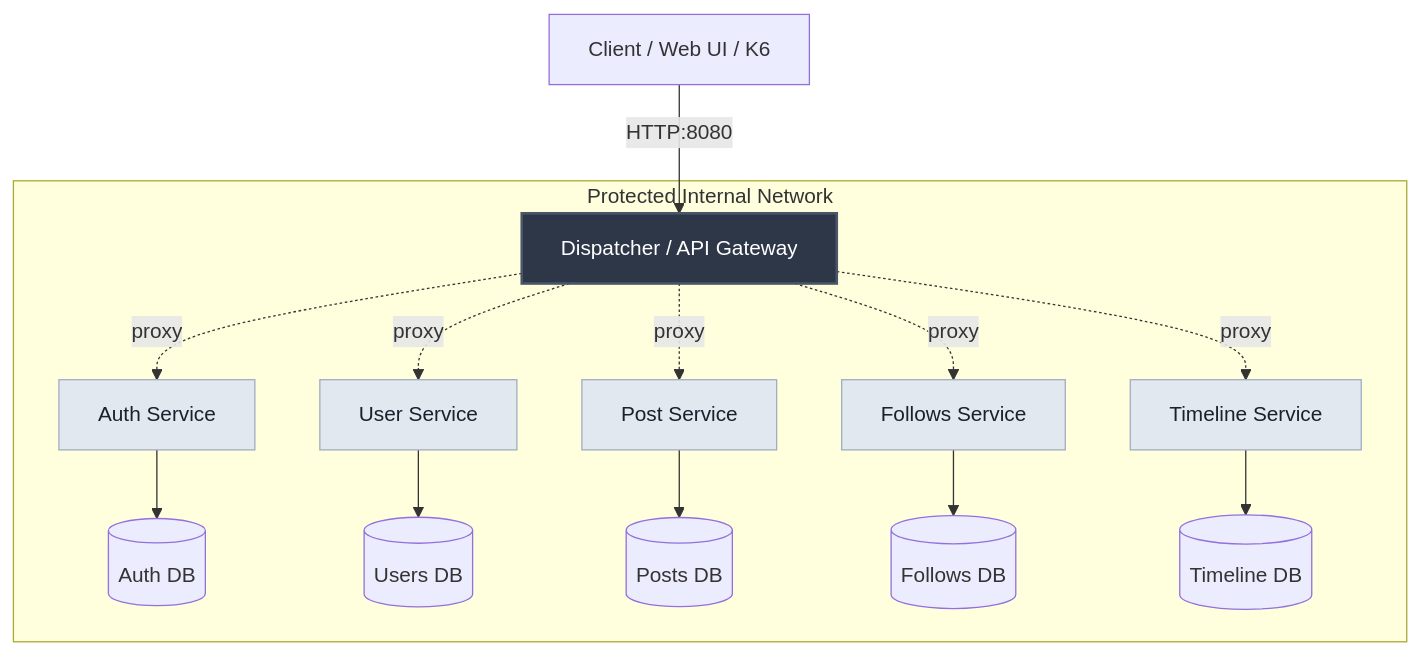
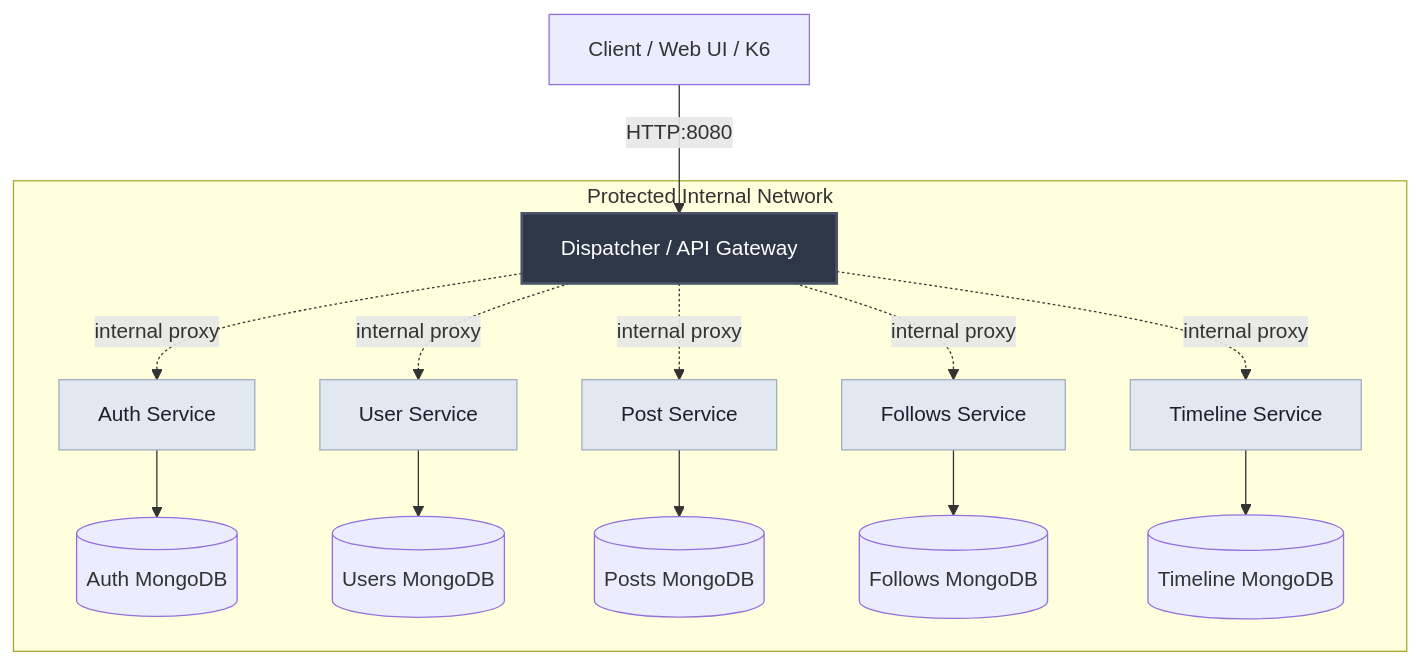
Before and after one commit to ibrahimkizilarslan/pulsenet-microservice: the diagram in README.md, drawn with Mermaid. The commit also changed other lines of this file, not shown here.

````diff
--- a/README.md
+++ b/README.md
@@ -9,25 +13,25 @@
 ```mermaid
 graph TD
     Client[Client / Web UI / K6] -->|HTTP:8080| Gateway[Dispatcher / API Gateway]
     
     subgraph Internal_Network [Protected Internal Network]
-        Gateway -.->|proxy| Auth[Auth Service]
-        Gateway -.->|proxy| Users[User Service]
-        Gateway -.->|proxy| Posts[Post Service]
-        Gateway -.->|proxy| Follows[Follows Service]
-        Gateway -.->|proxy| Timeline[Timeline Service]
+        Gateway -.->|internal proxy| Auth[Auth Service]
+        Gateway -.->|internal proxy| Users[User Service]
+        Gateway -.->|internal proxy| Posts[Post Service]
+        Gateway -.->|internal proxy| Follows[Follows Service]
+        Gateway -.->|internal proxy| Timeline[Timeline Service]
         
-        Auth --> DB_Auth[(Auth DB)]
-        Users --> DB_Users[(Users DB)]
-        Posts --> DB_Posts[(Posts DB)]
-        Follows --> DB_Follows[(Follows DB)]
-        Timeline --> DB_Timeline[(Timeline DB)]
+        Auth --> DB_Auth[(Auth MongoDB)]
+        Users --> DB_Users[(Users MongoDB)]
+        Posts --> DB_Posts[(Posts MongoDB)]
+        Follows --> DB_Follows[(Follows MongoDB)]
+        Timeline --> DB_Timeline[(Timeline MongoDB)]
     end
 
     style Gateway fill:#2d3748,stroke:#4a5568,stroke-width:2px,color:#fff
     style Auth fill:#e2e8f0,stroke:#a0aec0,color:#1a202c
     style Users fill:#e2e8f0,stroke:#a0aec0,color:#1a202c
     style Posts fill:#e2e8f0,stroke:#a0aec0,color:#1a202c
     style Follows fill:#e2e8f0,stroke:#a0aec0,color:#1a202c
     style Timeline fill:#e2e8f0,stroke:#a0aec0,color:#1a202c
 ```
````
